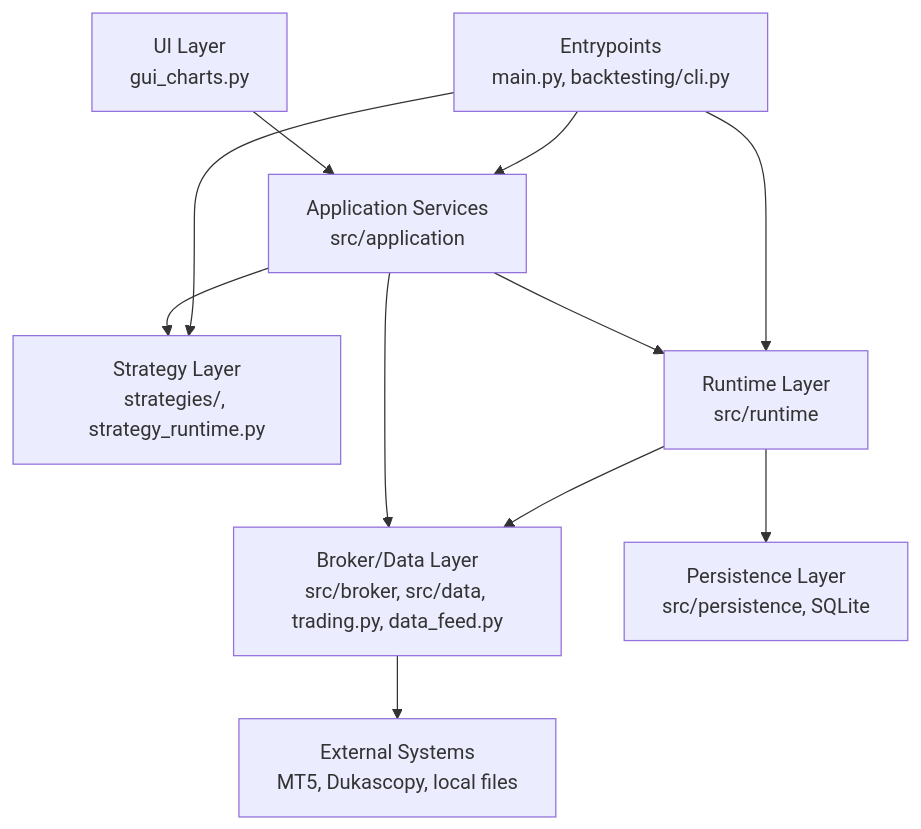
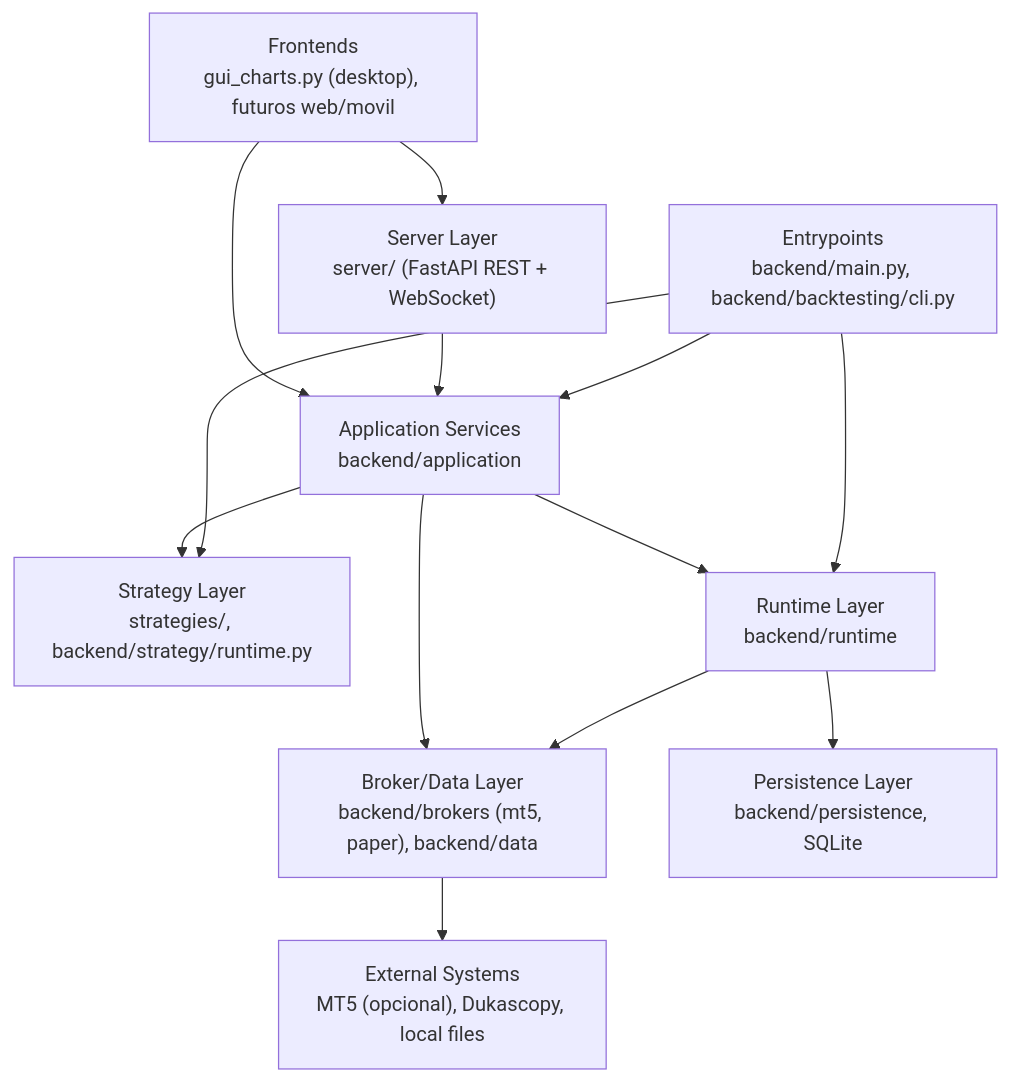
One commit to aloantony/strategy-forge changed the first of 2 diagrams in docs/DocsTradingSystemObsidian/architecture/overview.md. Above: the diagram before and after it, drawn with Mermaid. The commit also changed other lines of this file and 1 other file, not shown here.

Commit message:
docs: arquitectura actualizada a backend/server/frontends
overview.md refleja la nueva estructura (backend/, server/, regla sin-MT5 en core).

````diff
--- a/docs/DocsTradingSystemObsidian/architecture/overview.md
+++ b/docs/DocsTradingSystemObsidian/architecture/overview.md
@@ -21,22 +21,25 @@
 ```mermaid
 flowchart TB
-  UI["UI Layer\ngui_charts.py"]
-  App["Application Services\nsrc/application"]
-  Entrypoints["Entrypoints\nmain.py, backtesting/cli.py"]
-  Strategy["Strategy Layer\nstrategies/, strategy_runtime.py"]
-  Runtime["Runtime Layer\nsrc/runtime"]
-  BrokerData["Broker/Data Layer\nsrc/broker, src/data, trading.py, data_feed.py"]
-  Persistence["Persistence Layer\nsrc/persistence, SQLite"]
-  External["External Systems\nMT5, Dukascopy, local files"]
+  UI["Frontends\ngui_charts.py (desktop), futuros web/movil"]
+  Server["Server Layer\nserver/ (FastAPI REST + WebSocket)"]
+  App["Application Services\nbackend/application"]
+  Entrypoints["Entrypoints\nbackend/main.py, backend/backtesting/cli.py"]
+  Strategy["Strategy Layer\nstrategies/, backend/strategy/runtime.py"]
+  Runtime["Runtime Layer\nbackend/runtime"]
+  BrokerData["Broker/Data Layer\nbackend/brokers (mt5, paper), backend/data"]
+  Persistence["Persistence Layer\nbackend/persistence, SQLite"]
+  External["External Systems\nMT5 (opcional), Dukascopy, local files"]
 
+  UI --> Server
   UI --> App
+  Server --> App
   Entrypoints --> App
   App --> Strategy
   App --> Runtime
   App --> BrokerData
   Entrypoints --> Strategy
   Entrypoints --> Runtime
   Runtime --> BrokerData
   Runtime --> Persistence
   BrokerData --> External
 ```
````
